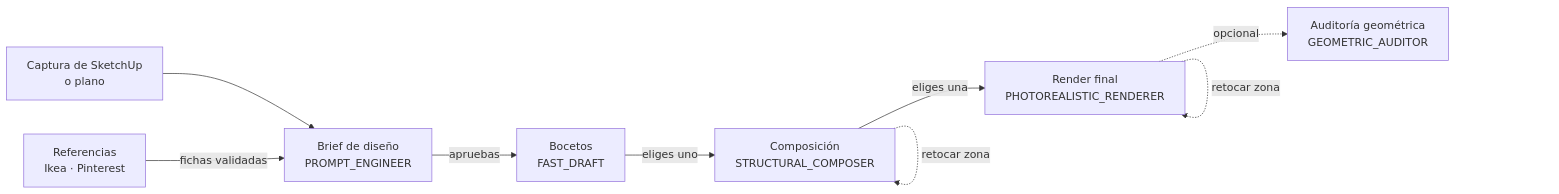
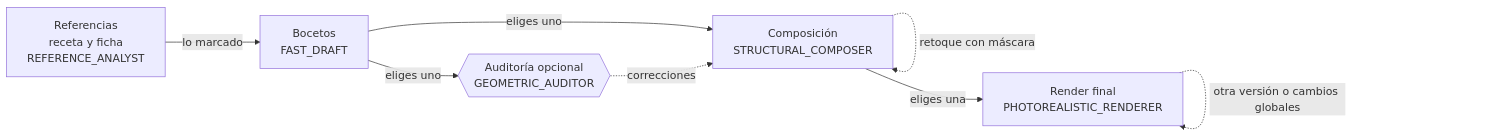
One commit to SergioVelmay/InteriorAI changed the first of 2 diagrams in README.md. Above: the diagram before and after it, drawn with Mermaid. The commit also changed other lines of this file and 15 other files, not shown here.

````diff
--- a/README.md
+++ b/README.md
@@ -16,11 +16,10 @@
 ```mermaid
 flowchart LR
-    A[Captura de SketchUp<br/>o plano] --> B
-    R[Referencias<br/>Ikea · Pinterest] -->|fichas validadas| B
-    B[Brief de diseño<br/>PROMPT_ENGINEER] -->|apruebas| C[Bocetos<br/>FAST_DRAFT]
-    C -->|eliges uno| D[Composición<br/>STRUCTURAL_COMPOSER]
-    D -->|eliges una| E[Render final<br/>PHOTOREALISTIC_RENDERER]
-    E -.->|opcional| F[Auditoría geométrica<br/>GEOMETRIC_AUDITOR]
-    D -.->|retocar zona| D
-    E -.->|retocar zona| E
+    R[Referencias<br/>receta y ficha<br/>REFERENCE_ANALYST] -->|lo marcado| B[Bocetos<br/>FAST_DRAFT]
+    B -->|eliges uno| A{{Auditoría opcional<br/>GEOMETRIC_AUDITOR}}
+    B -->|eliges uno| C[Composición<br/>STRUCTURAL_COMPOSER]
+    A -.->|correcciones| C
+    C -.->|retoque con máscara| C
+    C -->|eliges una| F[Render final<br/>PHOTOREALISTIC_RENDERER]
+    F -.->|otra versión o cambios globales| F
 ```
````
